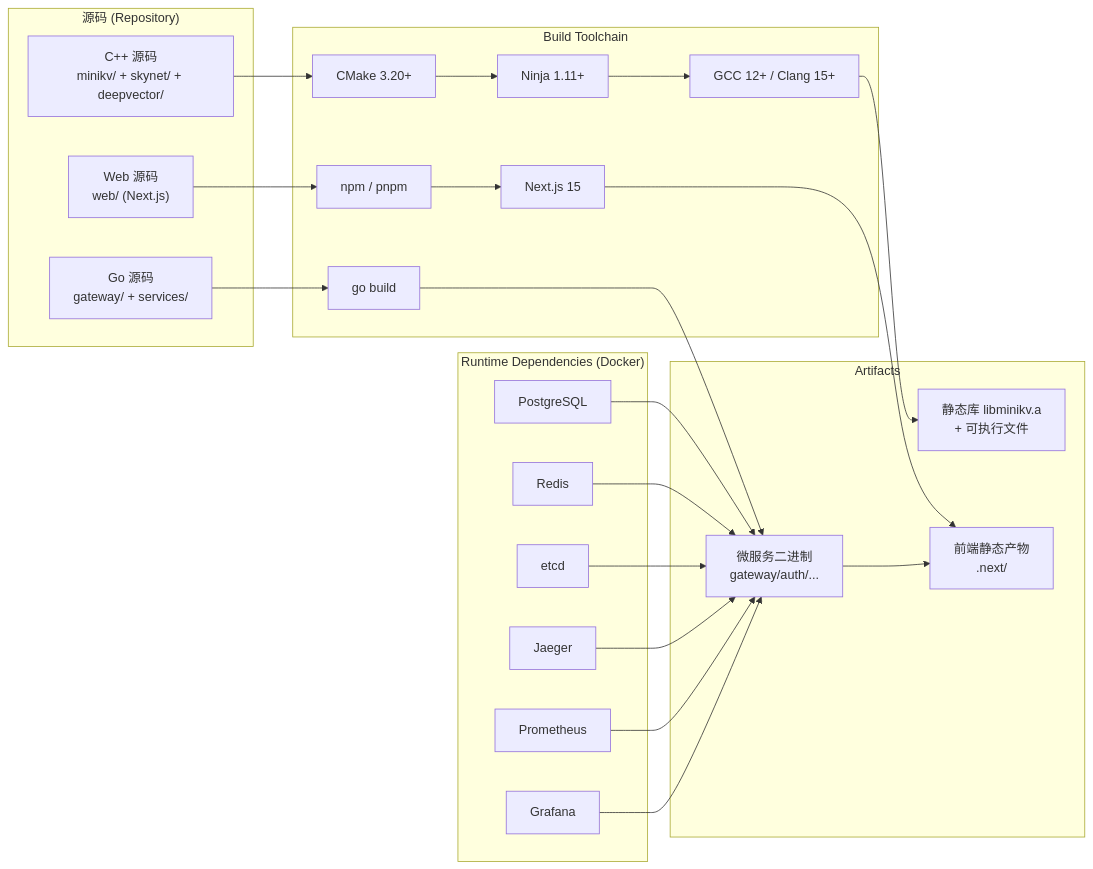
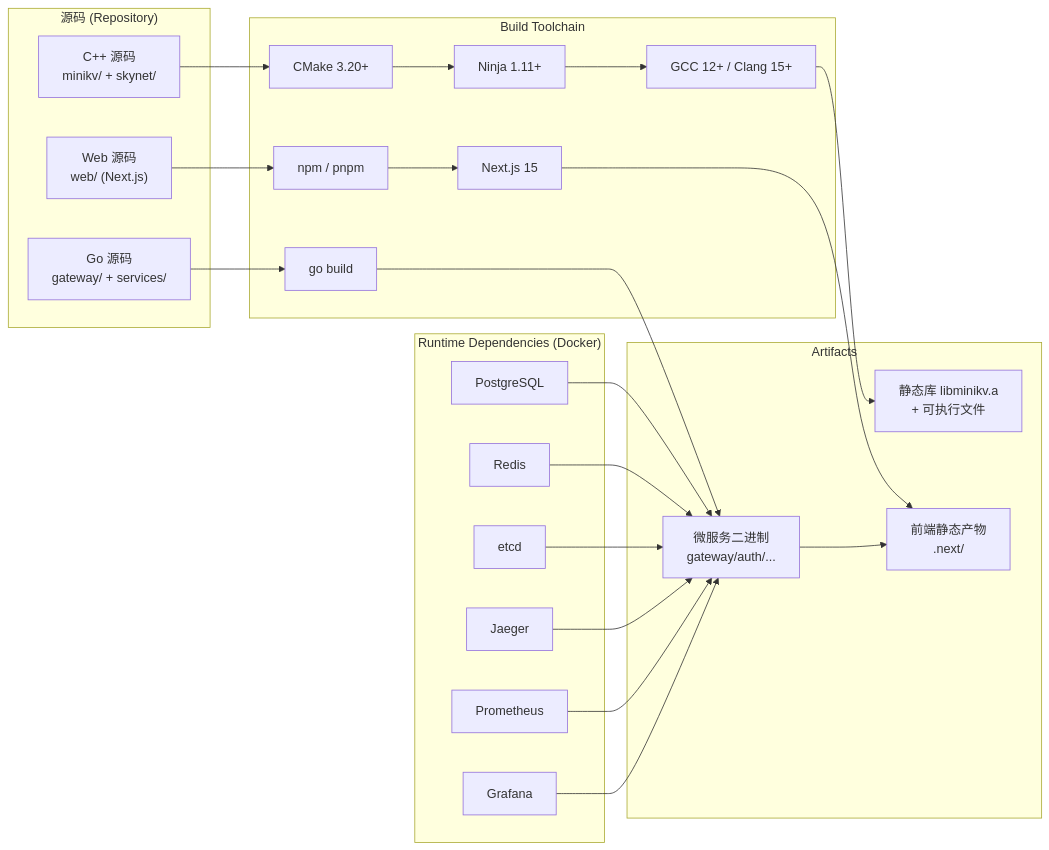
The diagram in docs/course/zh/00-setup.md (Thezx-a/LumenDB), drawn with Mermaid before and after one commit. The commit also changed other lines of this file and 57 other files, not shown here.

````diff
--- a/docs/course/zh/00-setup.md
+++ b/docs/course/zh/00-setup.md
@@ -24,40 +24,40 @@
 ```mermaid
 flowchart LR
     subgraph 源码["源码 (Repository)"]
-        CPP["C++ 源码<br/>minikv/ + skynet/ + deepvector/"]
+        CPP["C++ 源码<br/>minikv/ + skynet/"]
         GO["Go 源码<br/>gateway/ + services/"]
         WEB["Web 源码<br/>web/ (Next.js)"]
     end
 
     subgraph 工具链["Build Toolchain"]
         CMAKE["CMake 3.20+"]
         NINJA["Ninja 1.11+"]
         GCC["GCC 12+ / Clang 15+"]
         GOBUILD["go build"]
         NPM["npm / pnpm"]
         NEXT["Next.js 15"]
     end
 
     subgraph 产物["Artifacts"]
         STATIC["静态库 libminikv.a<br/>+ 可执行文件"]
         BIN["微服务二进制<br/>gateway/auth/..."]
         WEBDIST["前端静态产物<br/>.next/"]
     end
 
     subgraph 运行时["Runtime Dependencies (Docker)"]
         PG["PostgreSQL"]
         REDIS["Redis"]
         ETCD["etcd"]
         JAEGER["Jaeger"]
         PROM["Prometheus"]
         GRAF["Grafana"]
     end
 
     CPP --> CMAKE --> NINJA --> GCC --> STATIC
     GO --> GOBUILD --> BIN
     WEB --> NPM --> NEXT --> WEBDIST
 
     PG & REDIS & ETCD --> BIN
     JAEGER & PROM & GRAF --> BIN
     BIN --> WEBDIST
 ```
````
